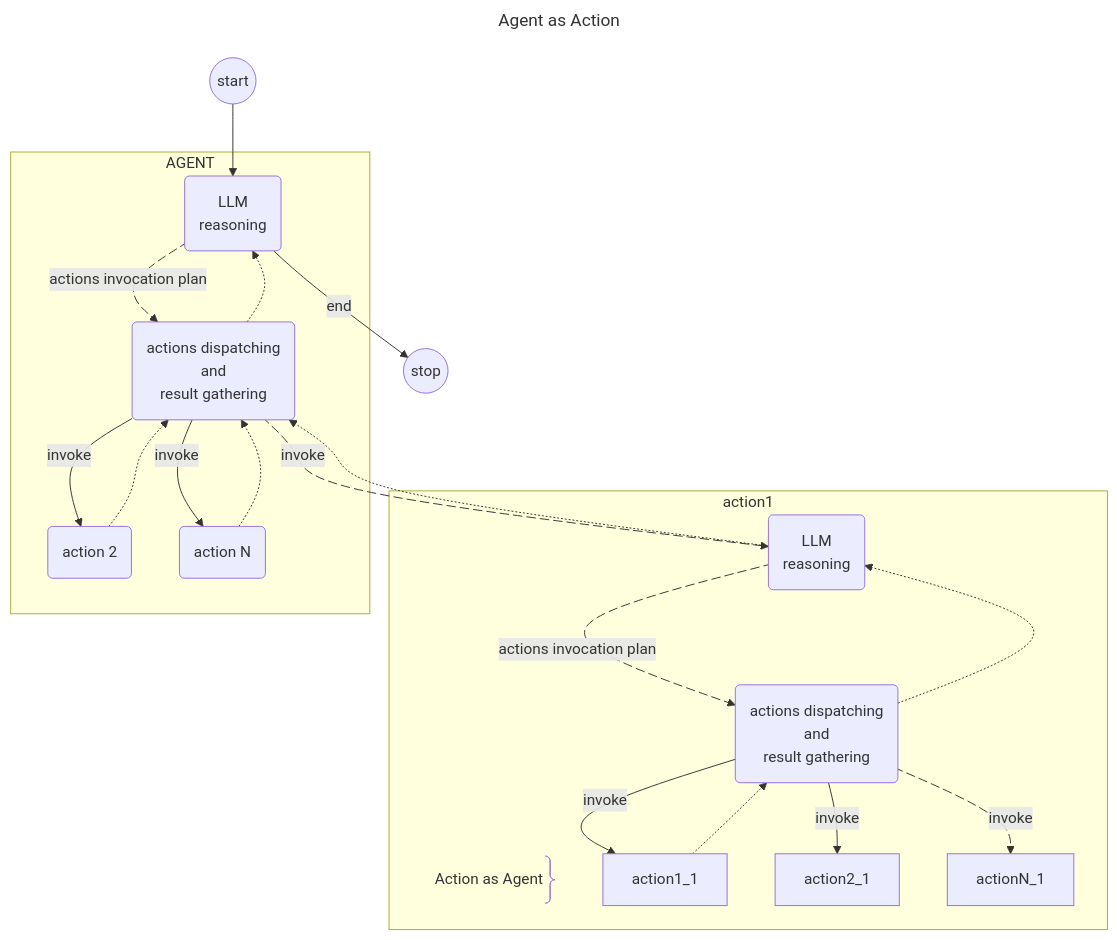
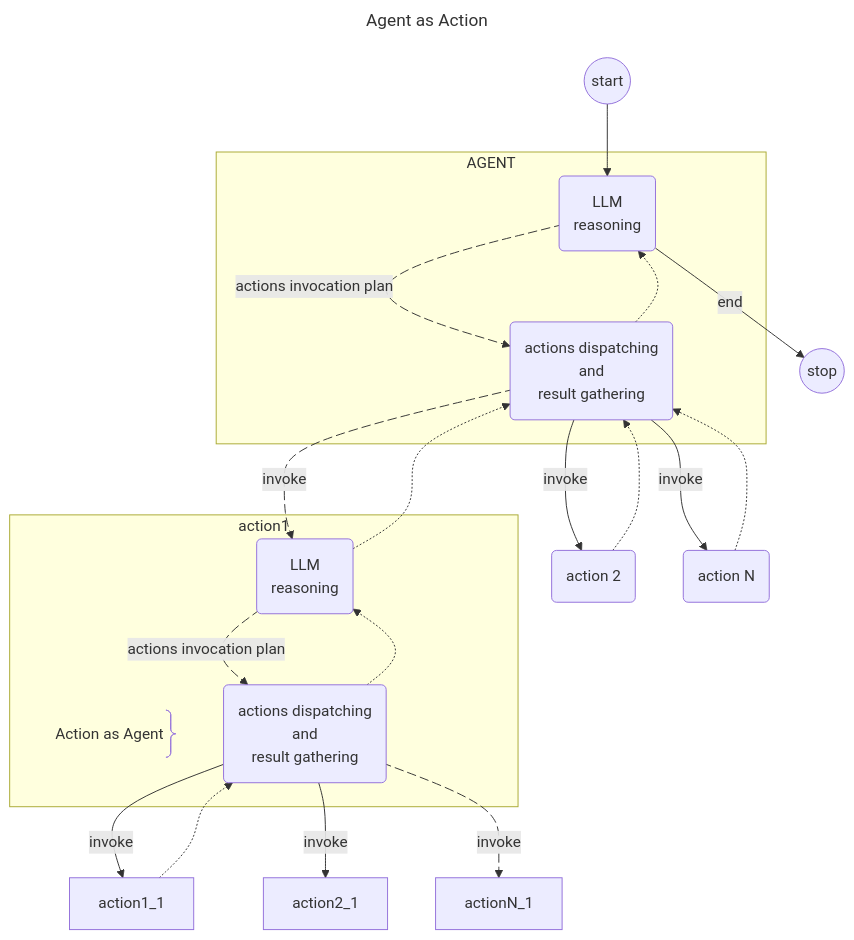
Before and after one commit to bsorrentino/langgraph4j: the second of 3 diagrams in samples/agents-handoff/README.md, drawn with Mermaid. The commit also changed other lines of this file, not shown here.

````diff
--- a/samples/agents-handoff/README.md
+++ b/samples/agents-handoff/README.md
@@ -36,53 +36,55 @@
 ```mermaid
 ---
 title: Agent as Action
 ---
 flowchart TD
 	__START__((start))
 	__END__((stop))
     action1("action 1") 
     action2("action 2") 
     actionN("action N") 
 	__START__ --> LLM
 
     subgraph action1
         A@{ shape: brace-r, label: "Action as Agent" }
         LLM_1("LLM
         reasoning")
     	actions_1("actions dispatching
         and 
         result gathering")
 	    LLM_1 e1_1@-->|actions invocation plan| actions_1
-        actions_1 -.-> LLM_1
-        actions_1 -->|invoke| action1_1
-        actions_1 -->|invoke| action2_1
-        actions_1 e2_1@-->|invoke| actionN_1
-        action1_1 -.-> actions_1
     end
+
+    actions_1 -.-> LLM_1
+    actions_1 -->|invoke| action1_1
+    actions_1 -->|invoke| action2_1
+    actions_1 e2_1@-->|invoke| actionN_1
+    action1_1 -.-> actions_1
 
     subgraph AGENT
         LLM("LLM
         reasoning") 
         actions("actions dispatching
         and 
         result gathering")
         LLM e1@-->|actions invocation plan| actions
-        actions -->|invoke| action2
-        actions -->|invoke| actionN    
-        action2 -.-> actions
-        actionN -.-> actions
-        actions -.-> LLM
   	end
+
+    actions -->|invoke| action2
+    actions -->|invoke| actionN    
+    action2 -.-> actions
+    actionN -.-> actions
+    actions -.-> LLM
 
     LLM -->|end| __END__
     
     actions e2@-->|invoke| LLM_1
 
     LLM_1 -.-> actions
 
 e1@{ animate: true }     
 e2@{ animate: true }     
 e1_1@{ animate: true }     
 e2_1@{ animate: true }     
 
 ```
````
